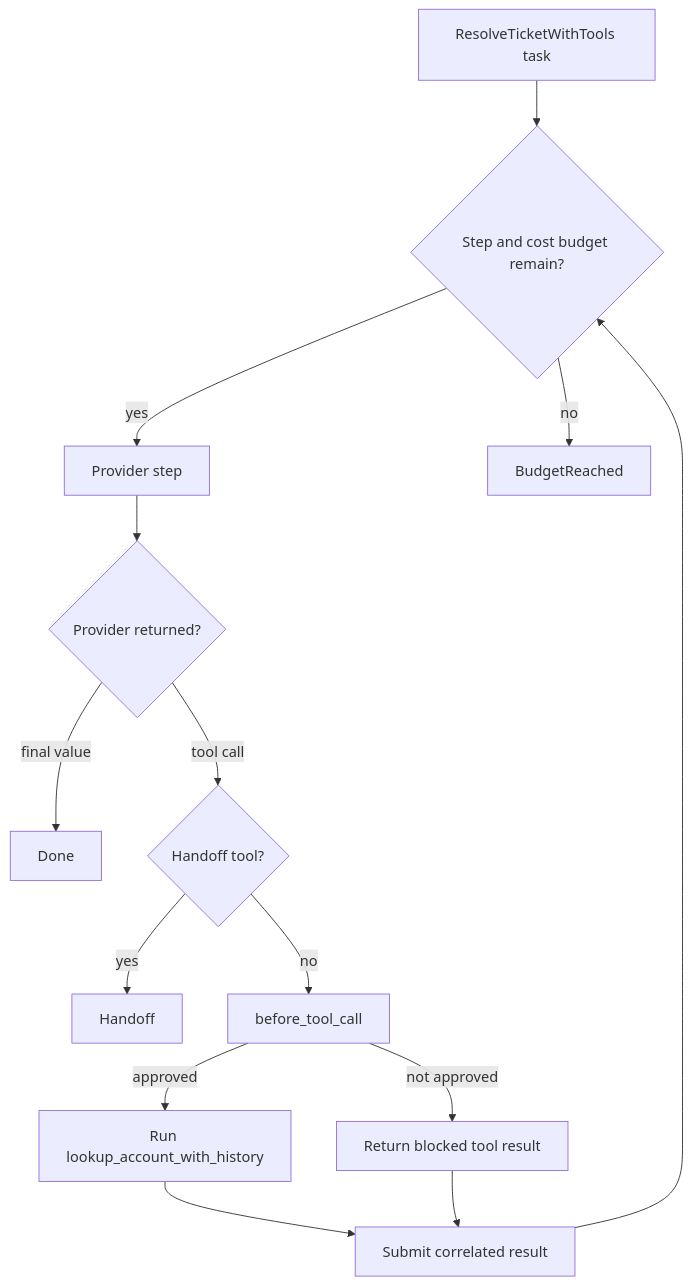
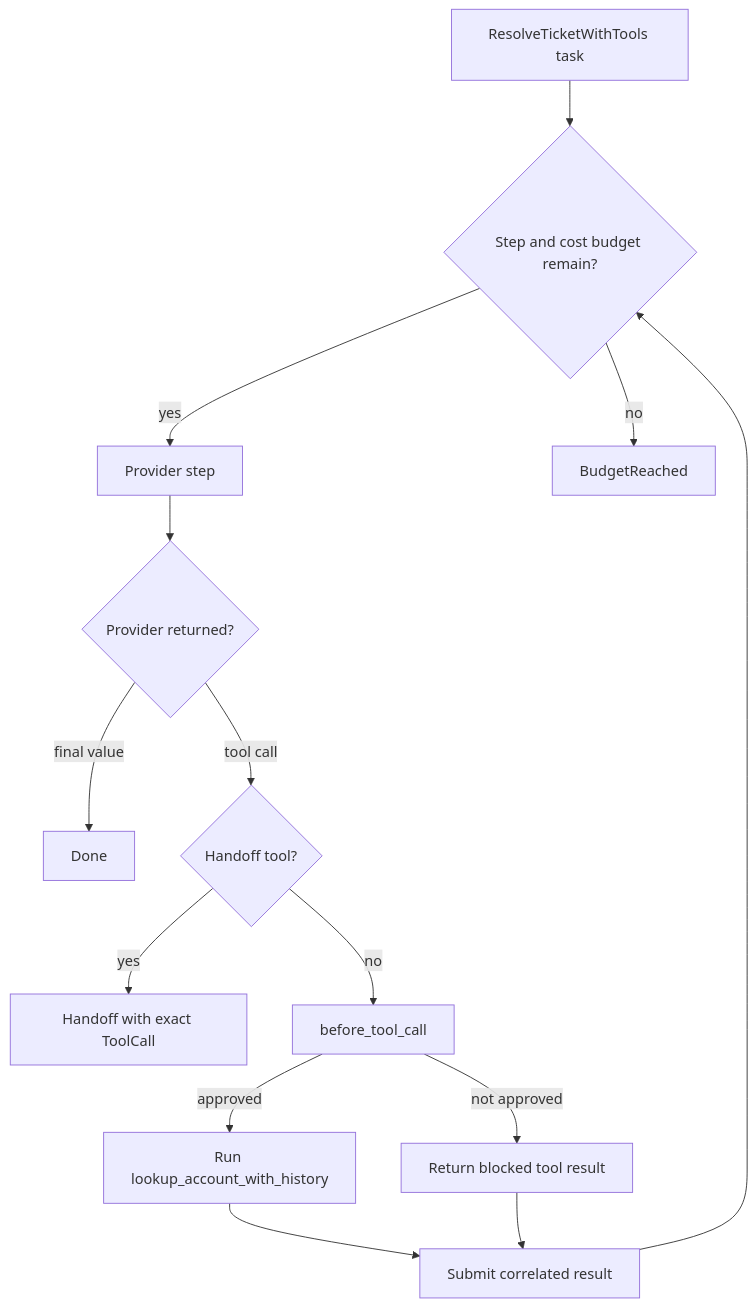
The diagram in baml_language/_plan/bepv4/pages/approvals-limits-and-handoffs.md (BoundaryML/baml), drawn with Mermaid before and after one commit. The commit also changed other lines of this file and 154 other files, not shown here.

````diff
--- a/baml_language/_plan/bepv4/pages/approvals-limits-and-handoffs.md
+++ b/baml_language/_plan/bepv4/pages/approvals-limits-and-handoffs.md
@@ -79,16 +79,16 @@
 ```mermaid
 flowchart TD
   task["ResolveTicketWithTools task"] --> budget{"Step and cost budget remain?"}
   budget -->|yes| model["Provider step"]
   model --> result{"Provider returned?"}
   result -->|final value| done["Done<Resolution>"]
   result -->|tool call| transfer{"Handoff tool?"}
-  transfer -->|yes| handoff["Handoff"]
+  transfer -->|yes| handoff["Handoff with exact ToolCall"]
   transfer -->|no| callback["before_tool_call"]
   callback -->|approved| history["Run lookup_account_with_history"]
   callback -->|not approved| blocked["Return blocked tool result"]
   history --> submit["Submit correlated result"]
   blocked --> submit
   submit --> budget
   budget -->|no| stopped["BudgetReached"]
 ```
````
